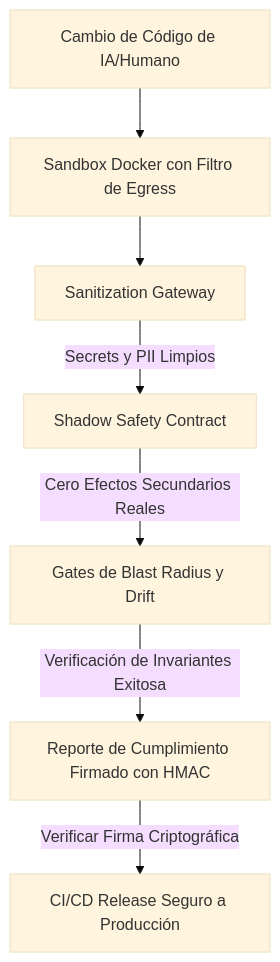
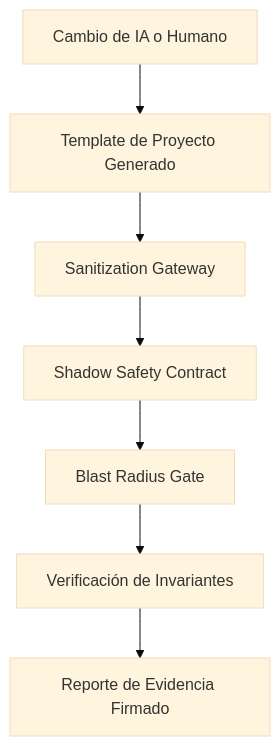
One commit to CenitLabs-mx/CenitForge changed the diagram in README_ES.md. Above: the diagram before and after it, drawn with Mermaid (base theme). The commit also changed other lines of this file and 1 other file, not shown here.

````diff
--- a/README_ES.md
+++ b/README_ES.md
@@ -46,9 +63,9 @@
 ```mermaid
 flowchart TD
-    A[Cambio de Código de IA/Humano] --> B[Sandbox Docker con Filtro de Egress]
+    A[Cambio de IA o Humano] --> B[Template de Proyecto Generado]
     B --> C[Sanitization Gateway]
-    C -->|Secrets y PII Limpios| D[Shadow Safety Contract]
-    D -->|Cero Efectos Secundarios Reales| E[Gates de Blast Radius y Drift]
-    E -->|Verificación de Invariantes Exitosa| F[Reporte de Cumplimiento Firmado con HMAC]
-    F -->|Verificar Firma Criptográfica| G[CI/CD Release Seguro a Producción]
+    C --> D[Shadow Safety Contract]
+    D --> E[Blast Radius Gate]
+    E --> F[Verificación de Invariantes]
+    F --> G[Reporte de Evidencia Firmado]
 ```
````
